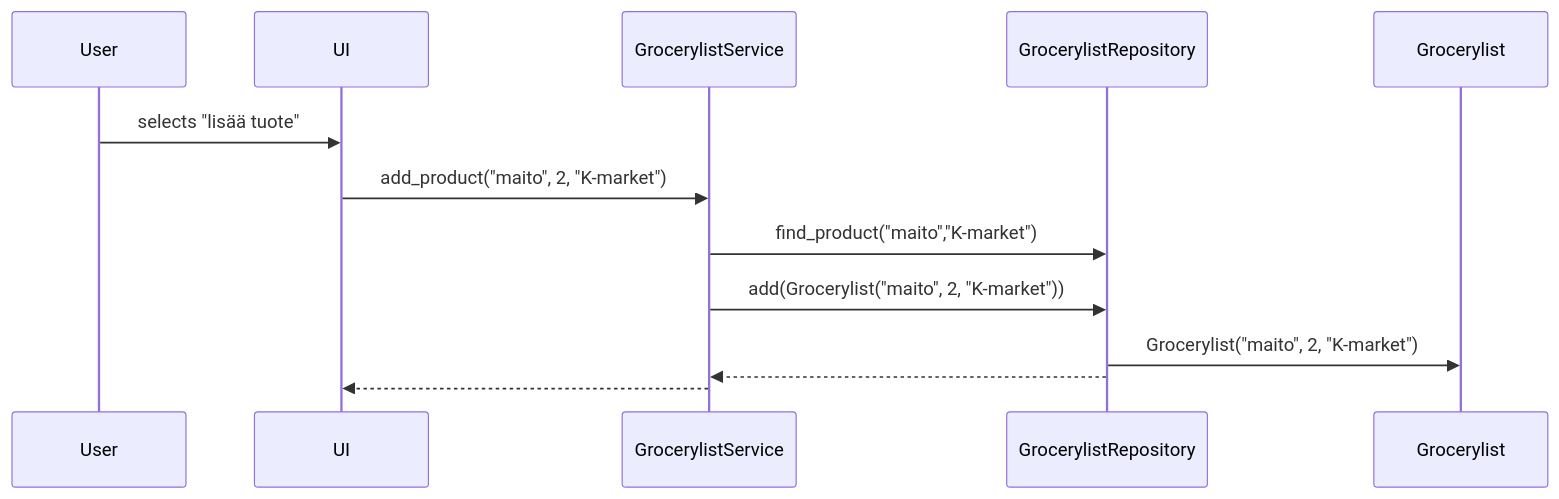
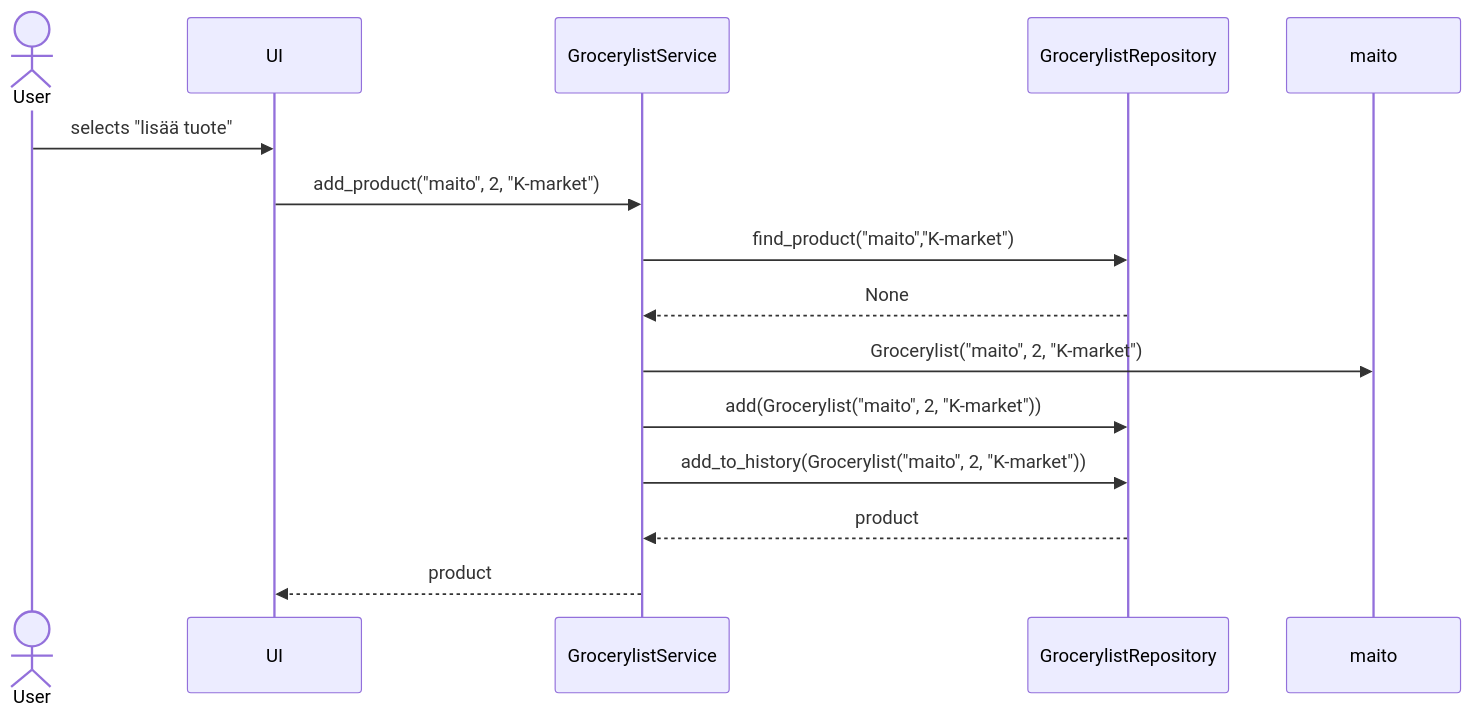
One commit to ounisk/ot_harjoitustyo changed the second of 2 diagrams in dokumentaatio/arkkitehtuuri.md. Above: the diagram before and after it, drawn with Mermaid. The commit also changed other lines of this file, not shown here.

````diff
--- a/dokumentaatio/arkkitehtuuri.md
+++ b/dokumentaatio/arkkitehtuuri.md
@@ -34,15 +55,17 @@
 ```mermaid
 sequenceDiagram
-  participant User
+  actor User
   participant UI
   participant GrocerylistService
   participant GrocerylistRepository
-  participant Grocerylist
+  participant maito
   User ->> UI: selects "lisää tuote"
   UI ->> GrocerylistService: add_product("maito", 2, "K-market")
   GrocerylistService ->> GrocerylistRepository  : find_product("maito","K-market")
+  GrocerylistRepository -->> GrocerylistService: None
+  GrocerylistService ->> maito: Grocerylist("maito", 2, "K-market")
   GrocerylistService ->> GrocerylistRepository: add(Grocerylist("maito", 2, "K-market"))
-  GrocerylistRepository ->> Grocerylist: Grocerylist("maito", 2, "K-market")
-  GrocerylistRepository -->> GrocerylistService: 
-  GrocerylistService -->> UI:  
+  GrocerylistService ->> GrocerylistRepository: add_to_history(Grocerylist("maito", 2, "K-market"))
+  GrocerylistRepository -->> GrocerylistService: product
+  GrocerylistService -->> UI: product  
 ``` 
````
